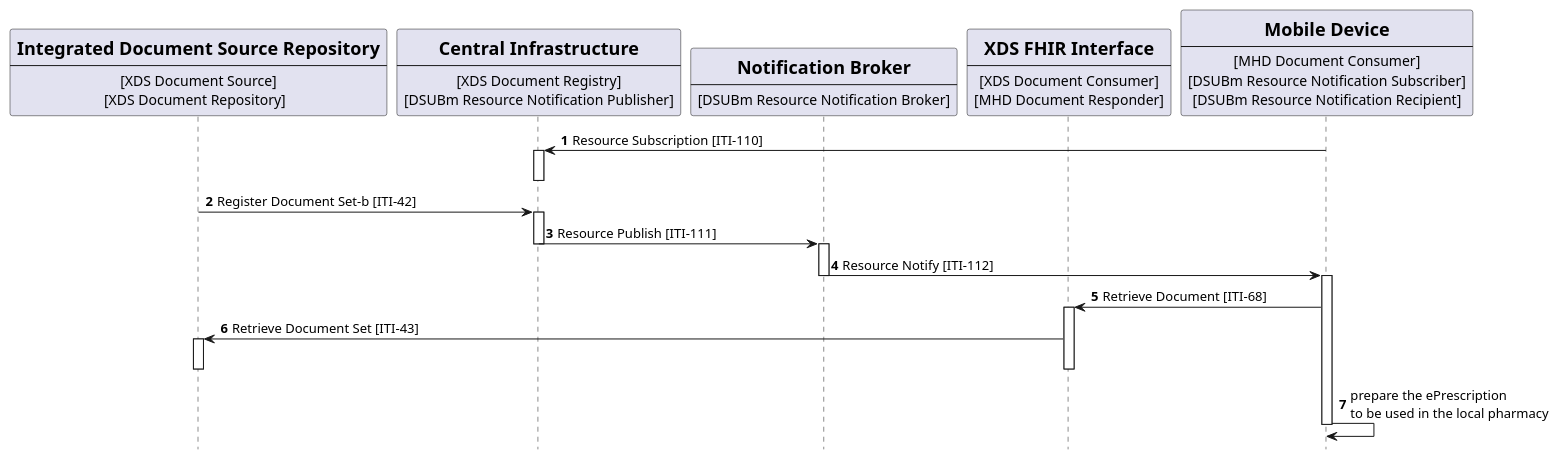
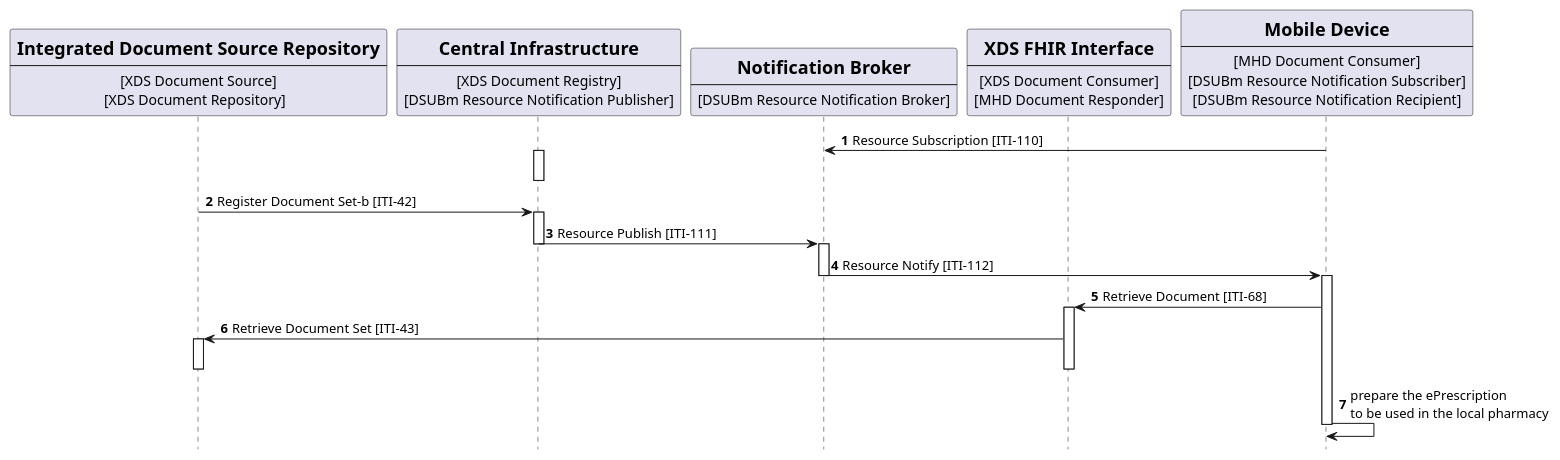
The diagram in input/images-source/usecase3-processflow.plantuml (IHE/ITI.DSUBm), drawn with PlantUML before and after one commit. The commit also changed 15 other files, not shown here.

```diff
--- a/input/images-source/usecase3-processflow.plantuml
+++ b/input/images-source/usecase3-processflow.plantuml
@@ -1,64 +1,64 @@
 @startuml
 skinparam svgDimensionStyle false
 hide footbox
 /'title "Subscription with DSUBm on MHD on FHIR infrastructure from Mobile Device" '/
 
 participant Repository [
     =Integrated Document Source Repository
     ----
     [XDS Document Source]
     [XDS Document Repository]  
 ] 
 
 participant Central [
     =Central Infrastructure
     ----
     [XDS Document Registry]
     [DSUBm Resource Notification Publisher]
 ] 
 
 participant Broker [
     =Notification Broker
     ----
     [DSUBm Resource Notification Broker]
 ] 
 
 participant XDSonFHIR [
     =XDS FHIR Interface
     ----
     [XDS Document Consumer]
     [MHD Document Responder]
 ] 
 
 participant MobileDevice [
     =Mobile Device
     ----
     [MHD Document Consumer]
     [DSUBm Resource Notification Subscriber]
     [DSUBm Resource Notification Recipient]
 ] 
 autonumber 1 "<b>"
-MobileDevice -> Central: Resource Subscription [ITI-110]
+MobileDevice -> Broker: Resource Subscription [ITI-110]
 activate Central
 deactivate Central
 
 Repository -> Central: Register Document Set-b [ITI-42]
 activate Central
 Central -> Broker :  Resource Publish [ITI-111]
 deactivate Central
 activate Broker
 Broker -> MobileDevice: Resource Notify [ITI-112]
 deactivate Broker
 
 activate MobileDevice
 MobileDevice -> XDSonFHIR: Retrieve Document [ITI-68]
 activate XDSonFHIR
 XDSonFHIR -> Repository: Retrieve Document Set [ITI-43]
 activate Repository
 deactivate XDSonFHIR
 deactivate Repository
 MobileDevice -> MobileDevice: prepare the ePrescription\nto be used in the local pharmacy
 deactivate MobileDevice
 
 
 @enduml
```
